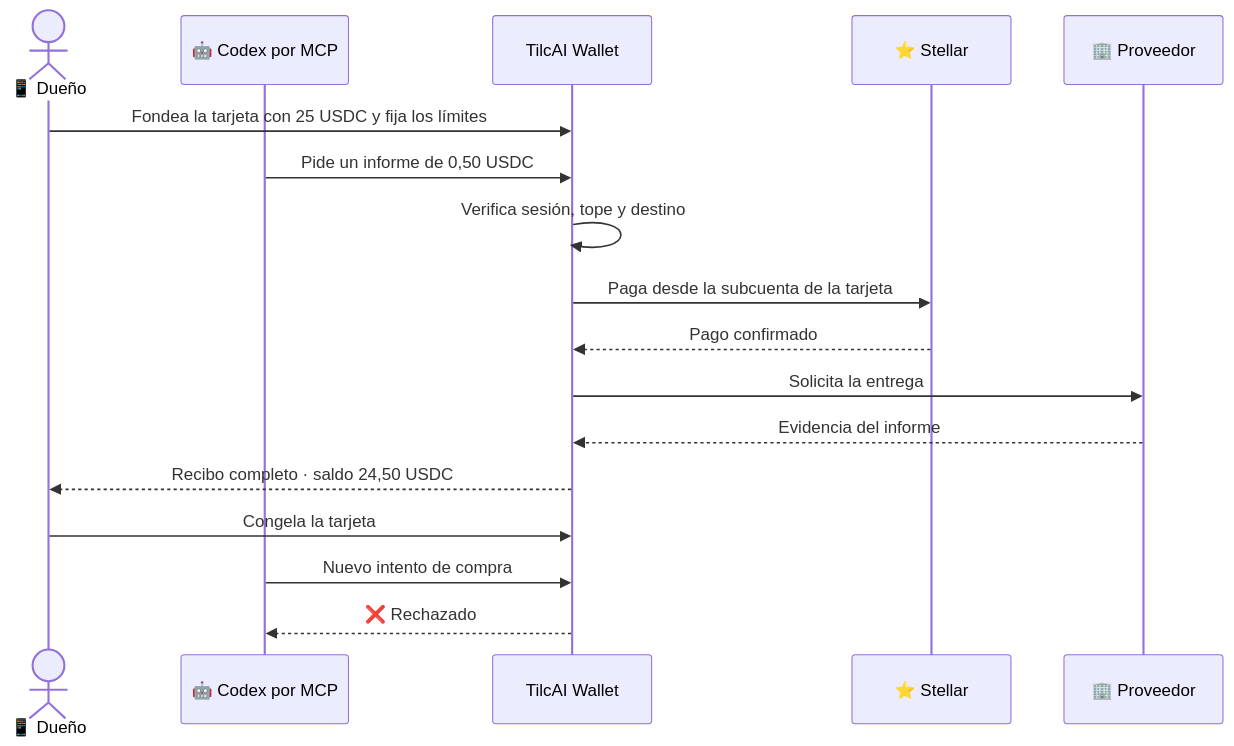
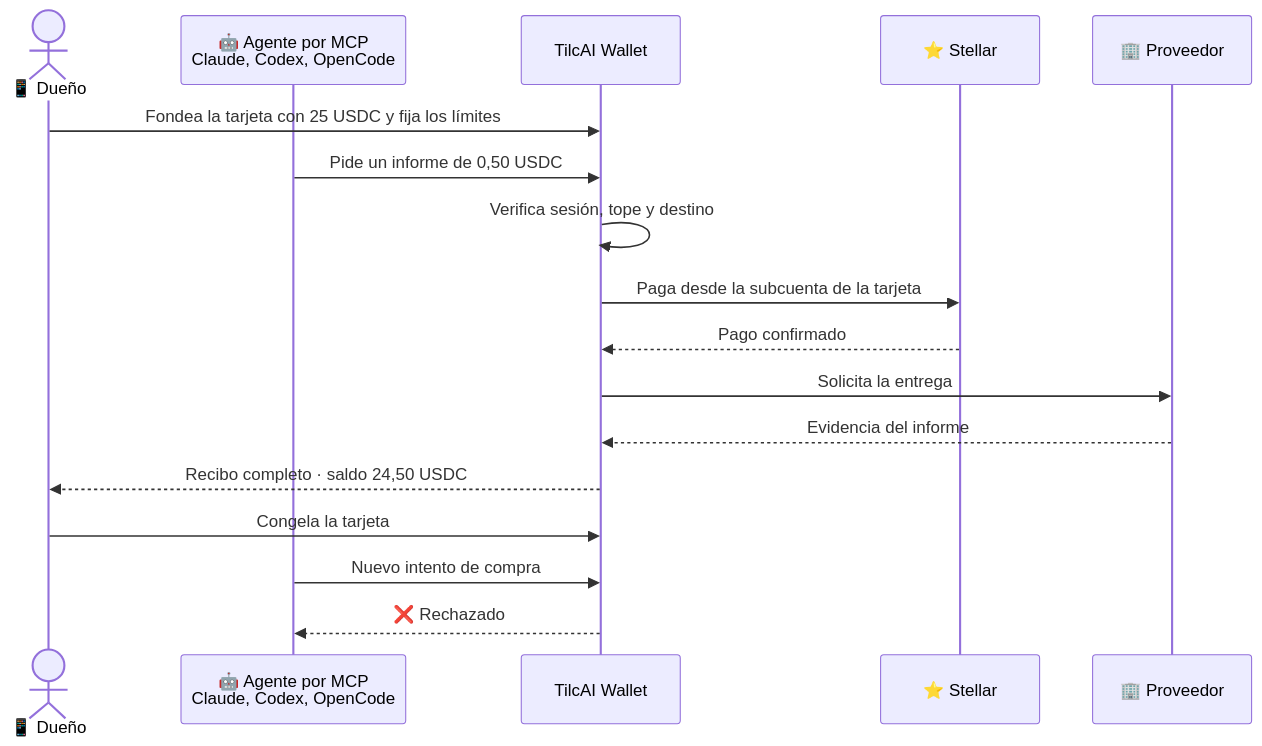
The second of 3 diagrams in profile/README.md (TilcAI-Wallet/.github), drawn with Mermaid before and after one commit. The commit also changed other lines of this file and 1 other file, not shown here.

````diff
--- a/profile/README.md
+++ b/profile/README.md
@@ -100,19 +129,19 @@
 ```mermaid
 sequenceDiagram
     actor D as 📱 Dueño
-    participant A as 🤖 Codex por MCP
+    participant A as 🤖 Agente por MCP<br/>Claude, Codex, OpenCode
     participant W as TilcAI Wallet
     participant S as ⭐ Stellar
     participant P as 🏢 Proveedor
     D->>W: Fondea la tarjeta con 25 USDC y fija los límites
     A->>W: Pide un informe de 0,50 USDC
     W->>W: Verifica sesión, tope y destino
     W->>S: Paga desde la subcuenta de la tarjeta
     S-->>W: Pago confirmado
     W->>P: Solicita la entrega
     P-->>W: Evidencia del informe
     W-->>D: Recibo completo · saldo 24,50 USDC
     D->>W: Congela la tarjeta
     A->>W: Nuevo intento de compra
     W-->>A: ❌ Rechazado
 ```
````
